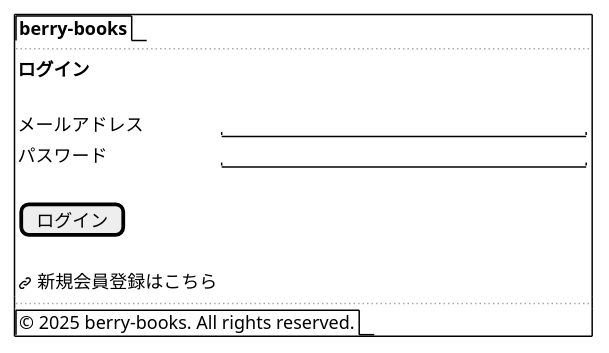
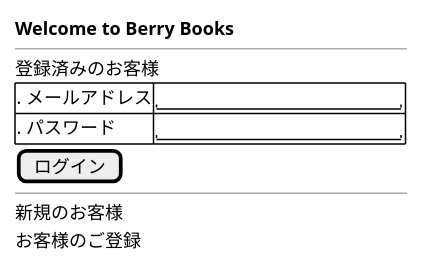
One commit to KenyaSaitoh/ai_dev_training_202512 changed the first of 3 diagrams in projects/java/berry-books-mvc-sdd/specs/baseline/features/F_004_customer_auth/screen_design.md. Above: the diagram before and after it, drawn with PlantUML. The commit also changed other lines of this file and 99 other files, not shown here.

````diff
--- a/projects/java/berry-books-mvc-sdd/specs/baseline/features/F_004_customer_auth/screen_design.md
+++ b/projects/java/berry-books-mvc-sdd/specs/baseline/features/F_004_customer_auth/screen_design.md
@@ -26,20 +26,17 @@
 ```plantuml
 @startsalt
-{+
-  {/ <b>berry-books</b> }
-  ..
-  {
-    <b>ログイン</b>
-    .
-    メールアドレス | "                              "
-    パスワード     | "                              "
-    .
-    [  ログイン  ]
-    .
-    <&link-intact> 新規会員登録はこちら
+{
+  <b>Welcome to Berry Books</b>
+  --
+  登録済みのお客様
+  {#
+    . メールアドレス | "                    "
+    . パスワード     | "                    "
   }
-  ..
-  {/ © 2025 berry-books. All rights reserved. }
+  [  ログイン  ]
+  --
+  新規のお客様
+  お客様のご登録
 }
 @endsalt
 ```
````
